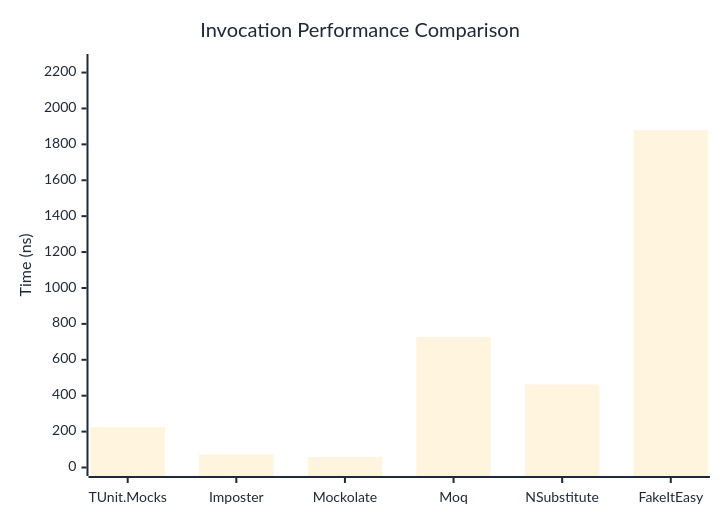
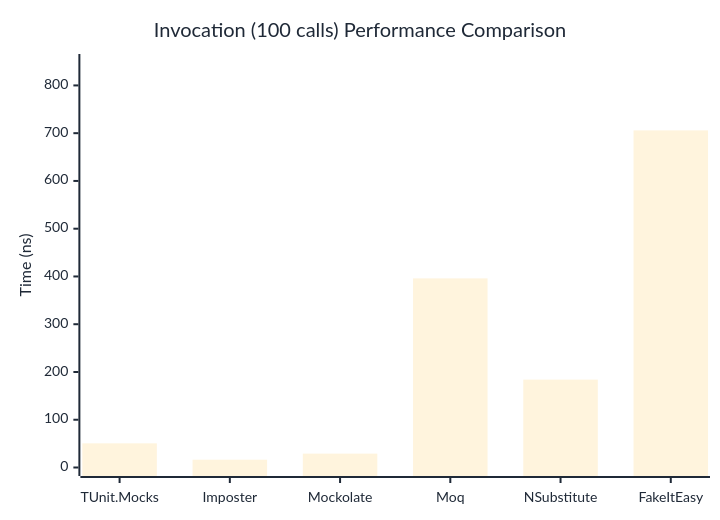
One commit to thomhurst/TUnit changed the first of 3 diagrams in docs/docs/benchmarks/mocks/Invocation.md. Above: the diagram before and after it, drawn with Mermaid. The commit also changed other lines of this file and 14 other files, not shown here.

````diff
--- a/docs/docs/benchmarks/mocks/Invocation.md
+++ b/docs/docs/benchmarks/mocks/Invocation.md
@@ -30,27 +32,27 @@
 ```mermaid
 %%{init: {
   'theme':'base',
   'themeVariables': {
     'primaryColor': '#2563eb',
     'primaryTextColor': '#1f2937',
     'primaryBorderColor': '#1e40af',
     'lineColor': '#6b7280',
     'secondaryColor': '#7c3aed',
     'tertiaryColor': '#dc2626',
     'background': '#ffffff',
     'pie1': '#2563eb',
     'pie2': '#7c3aed',
     'pie3': '#dc2626',
     'pie4': '#f59e0b',
     'pie5': '#10b981',
     'pie6': '#06b6d4',
     'pie7': '#ec4899',
     'pie8': '#6366f1'
   }
 }}%%
 xychart-beta
-  title "Invocation Performance Comparison"
+  title "Invocation (100 calls) Performance Comparison"
   x-axis ["TUnit.Mocks", "Imposter", "Mockolate", "Moq", "NSubstitute", "FakeItEasy"]
-  y-axis "Time (ns)" 0 --> 2256
-  bar [224.81, 72.51, 59.44, 727.57, 462.52, 1879.71]
+  y-axis "Time (ns)" 0 --> 848
+  bar [50.59, 16.35, 29.04, 395.97, 184.03, 705.85]
 ```
````
